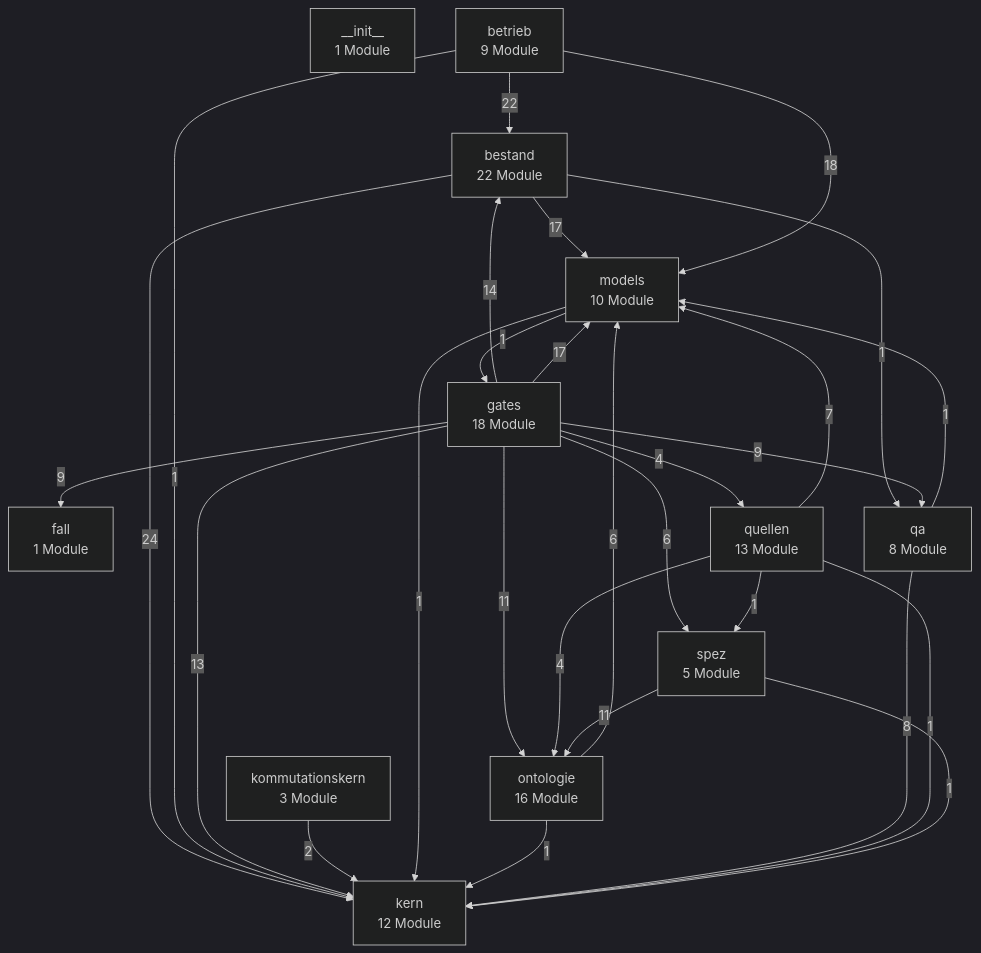
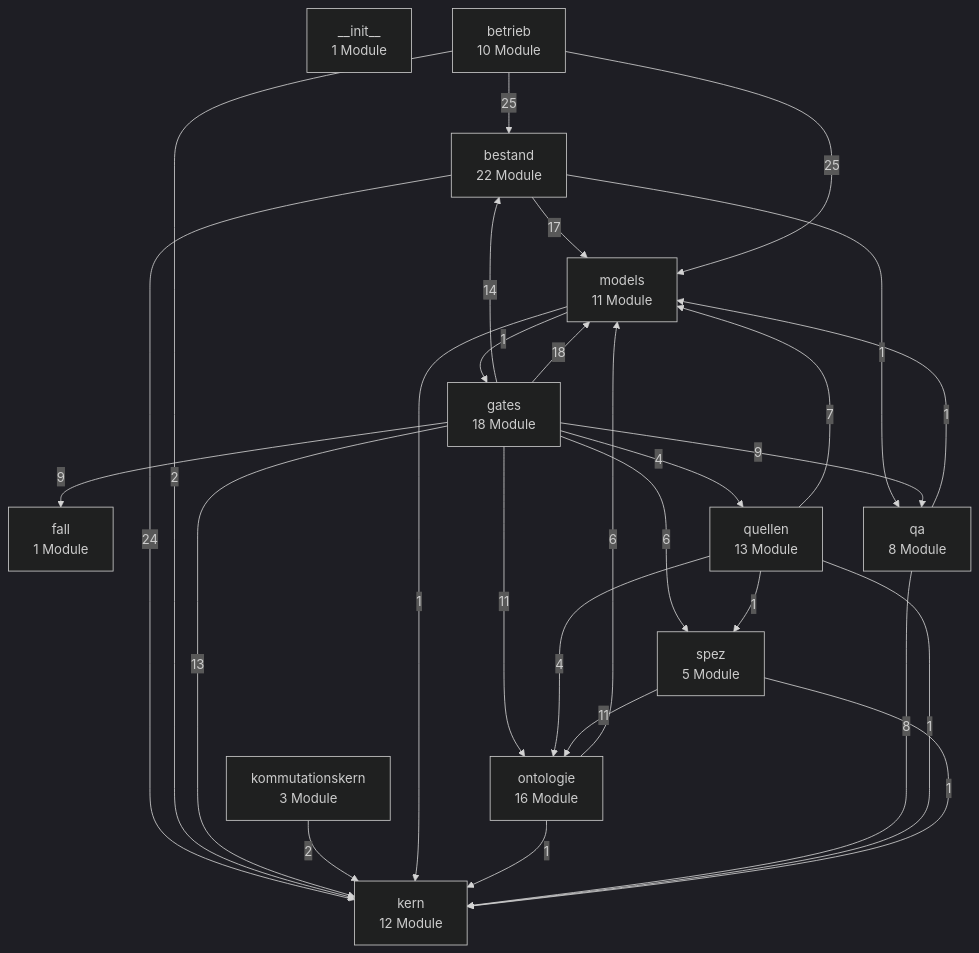
Before and after one commit to bartlmac/rechner-pipeline: the first of 3 diagrams in docs/architektur/landkarte.md, drawn with Mermaid (dark theme). The commit also changed other lines of this file and 45 other files, not shown here.

First line of the commit message:
feat(betrieb,gates,bestand)!: Zugangsabnahme A-B2 mit Zugangsprobe, Auskuenfte je Police als registrierte Datei, Herabsetzung auch nach dem Beitragsende

````diff
--- a/docs/architektur/landkarte.md
+++ b/docs/architektur/landkarte.md
@@ -27,43 +27,43 @@
 ```mermaid
 %% Schichten — erzeugt von ontologie.landkarte
 flowchart TD
     n__init__["__init__<br/>1 Module"]
     bestand["bestand<br/>22 Module"]
-    betrieb["betrieb<br/>9 Module"]
+    betrieb["betrieb<br/>10 Module"]
     fall["fall<br/>1 Module"]
     gates["gates<br/>18 Module"]
     kern["kern<br/>12 Module"]
     kommutationskern["kommutationskern<br/>3 Module"]
-    models["models<br/>10 Module"]
+    models["models<br/>11 Module"]
     ontologie["ontologie<br/>16 Module"]
     qa["qa<br/>8 Module"]
     quellen["quellen<br/>13 Module"]
     spez["spez<br/>5 Module"]
     bestand -- 24 --> kern
     bestand -- 17 --> models
     bestand -- 1 --> qa
-    betrieb -- 22 --> bestand
-    betrieb -- 1 --> kern
-    betrieb -- 18 --> models
+    betrieb -- 25 --> bestand
+    betrieb -- 2 --> kern
+    betrieb -- 25 --> models
     gates -- 14 --> bestand
     gates -- 9 --> fall
     gates -- 13 --> kern
-    gates -- 17 --> models
+    gates -- 18 --> models
     gates -- 11 --> ontologie
     gates -- 9 --> qa
     gates -- 4 --> quellen
     gates -- 6 --> spez
     kommutationskern -- 2 --> kern
     models -- 1 --> gates
     models -- 1 --> kern
     ontologie -- 1 --> kern
     ontologie -- 6 --> models
     qa -- 8 --> kern
     qa -- 1 --> models
     quellen -- 1 --> kern
     quellen -- 7 --> models
     quellen -- 4 --> ontologie
     quellen -- 1 --> spez
     spez -- 1 --> kern
     spez -- 11 --> ontologie
 ```
````
